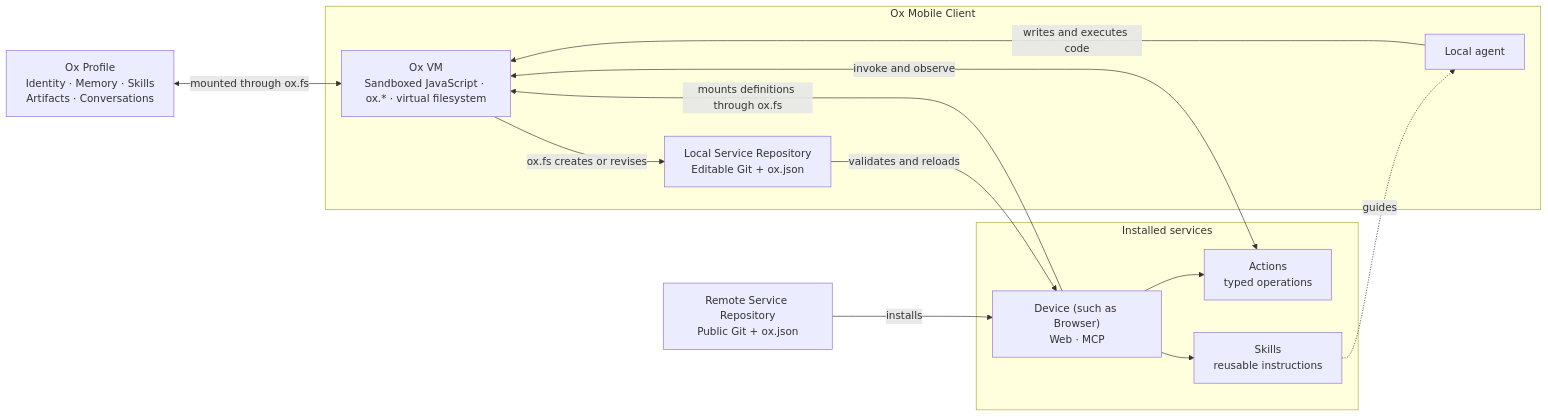
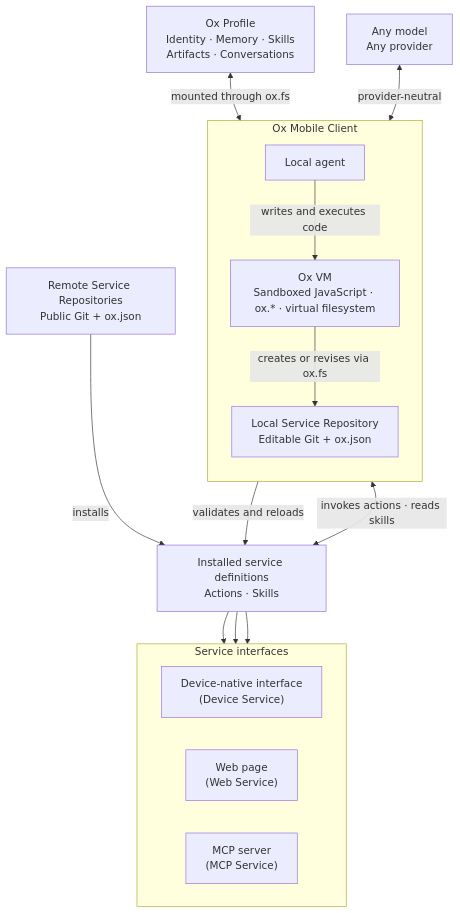
Before and after one commit to ziyzhu/openox: the diagram in README.md, drawn with Mermaid. The commit also changed other lines of this file, not shown here.

Commit message:
Clarify model and service architecture

````diff
--- a/README.md
+++ b/README.md
@@ -13,28 +13,33 @@
 ```mermaid
-flowchart LR
+flowchart TB
     Profile["Ox Profile<br/>Identity · Memory · Skills<br/>Artifacts · Conversations"]
-    Repository["Remote Service Repository<br/>Public Git + ox.json"]
+    Model["Any model<br/>Any provider"]
+    Remote["Remote Service Repositories<br/>Public Git + ox.json"]
 
     subgraph Client["Ox Mobile Client"]
+        direction TB
         Agent["Local agent"]
         VM["Ox VM<br/>Sandboxed JavaScript · ox.* · virtual filesystem"]
         Local["Local Service Repository<br/>Editable Git + ox.json"]
         Agent -->|"writes and executes code"| VM
-        VM -->|"ox.fs creates or revises"| Local
+        VM -->|"creates or revises via ox.fs"| Local
     end
 
-    subgraph Services["Installed services"]
-        Service["Device (such as Browser)<br/>Web · MCP"]
-        Actions["Actions<br/>typed operations"]
-        Skills["Skills<br/>reusable instructions"]
-        Service --> Actions
-        Service --> Skills
+    Services["Installed service definitions<br/>Actions · Skills"]
+
+    subgraph Interfaces["Service interfaces"]
+        direction LR
+        Device["Device-native interface<br/>(Device Service)"]
+        Web["Web page<br/>(Web Service)"]
+        MCP["MCP server<br/>(MCP Service)"]
     end
 
     Profile <-->|"mounted through ox.fs"| VM
-    Repository -->|"installs"| Service
-    Local -->|"validates and reloads"| Service
-    Service -->|"mounts definitions through ox.fs"| VM
-    VM <-->|"invoke and observe"| Actions
-    Skills -.->|"guides"| Agent
+    Model <-->|"provider-neutral"| Agent
+    Remote -->|"installs"| Services
+    Local -->|"validates and reloads"| Services
+    VM <-->|"invokes actions · reads skills"| Services
+    Services --> Device
+    Services --> Web
+    Services --> MCP
 ```
````
